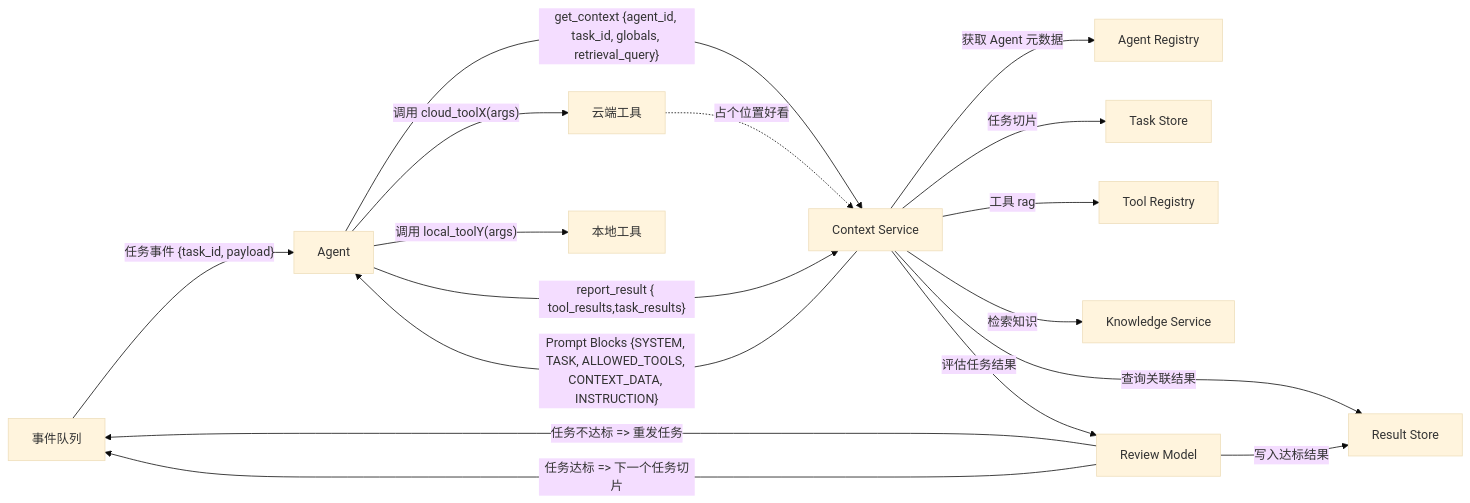
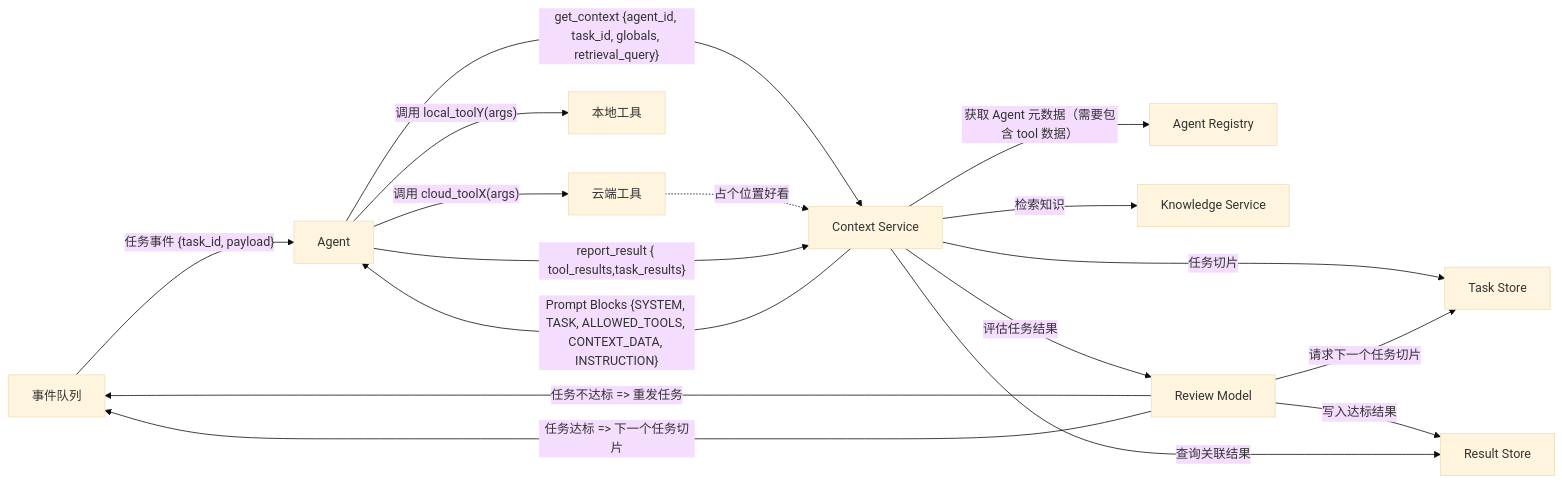
The first of 2 diagrams in doc/architecture_diagram.md (otoTree/context-service), drawn with Mermaid (base theme) before and after one commit. The commit also changed other lines of this file and 27 other files, not shown here.

````diff
--- a/doc/architecture_diagram.md
+++ b/doc/architecture_diagram.md
@@ -3,31 +3,30 @@
 ```mermaid
 graph LR
     EQ["事件队列"]
     A["Agent"]
     CS["Context Service"]
     AR["Agent Registry"]
     TS["Task Store"]
-    TR["Tool Registry"]
     KS["Knowledge Service"]
     RS["Result Store"]
     CT["云端工具"]
     LT["本地工具"]
     RM["Review Model"]
 
     EQ -->|"任务事件 {task_id, payload}"| A
     A -->|"get_context {agent_id, task_id, globals, retrieval_query}"| CS
-    CS -->|"获取 Agent 元数据"| AR
+    CS -->|"获取 Agent 元数据（需要包含 tool 数据）"| AR
     CS -->|"任务切片"| TS
-    CS -->|"工具 rag"| TR
     CS -->|"检索知识"| KS
     CS -->|"Prompt Blocks {SYSTEM, TASK, ALLOWED_TOOLS, CONTEXT_DATA, INSTRUCTION}"| A
     A -->|"调用 cloud_toolX(args)"| CT
     A -->|"调用 local_toolY(args)"| LT
     CT -.->|"占个位置好看"| CS
     A -->|"report_result { tool_results,task_results}"| CS
     RM -->|"写入达标结果"| RS
     CS -->|"查询关联结果"| RS
     CS -->|"评估任务结果"| RM
     RM -->|"任务不达标 => 重发任务"| EQ
     RM -->|"任务达标 => 下一个任务切片"| EQ
+    RM -->|"请求下一个任务切片"| TS
 ```
````
